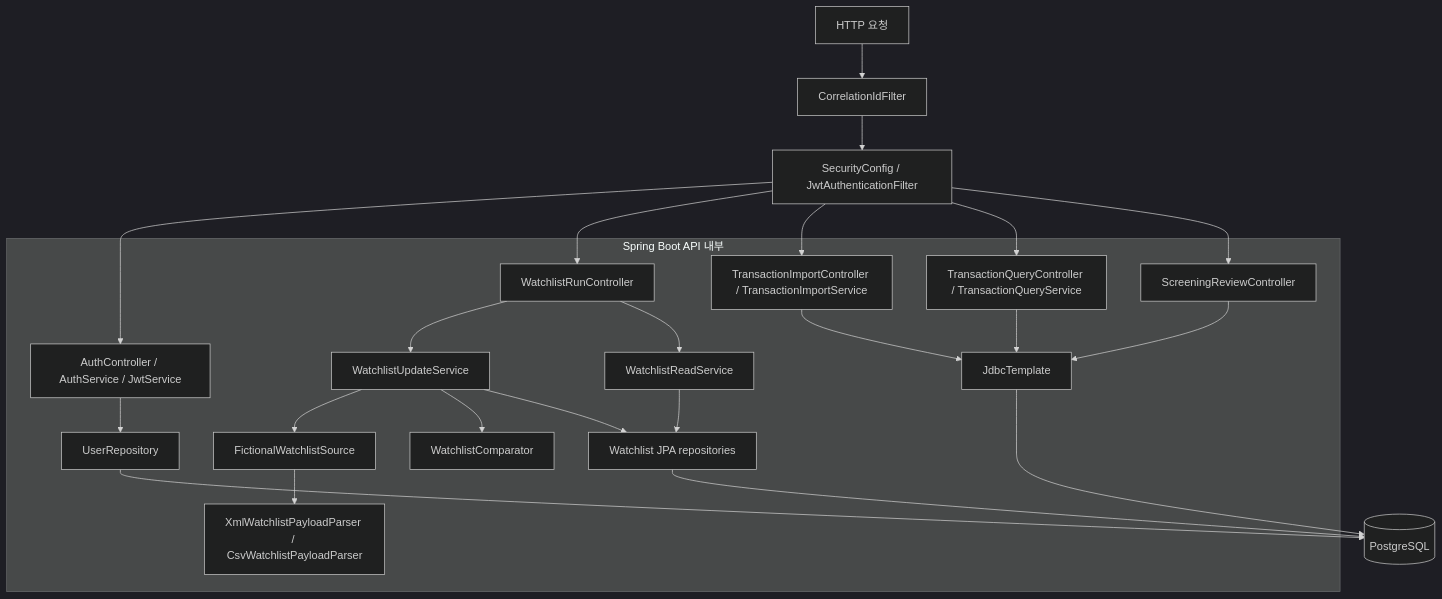
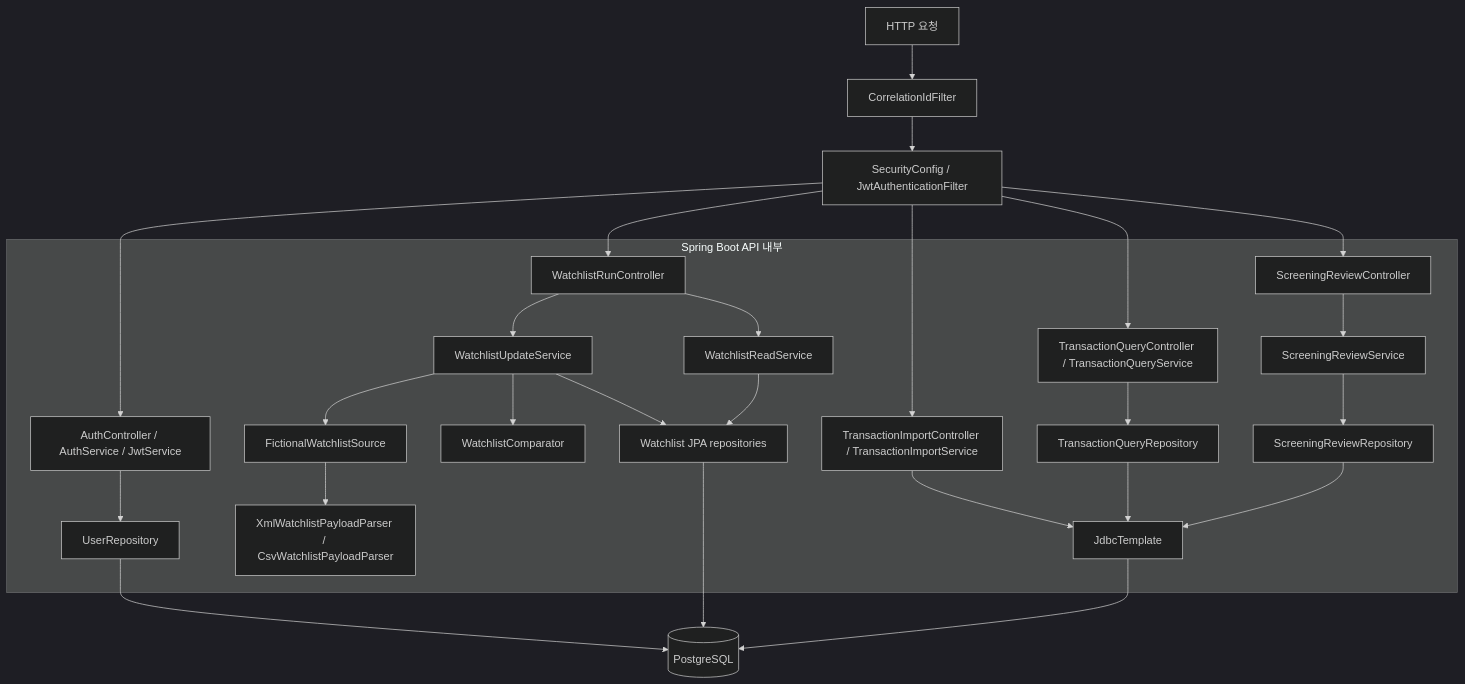
The third of 3 diagrams in docs/architecture/c4.md (yrumupusm/tradeops_hub), drawn with Mermaid (dark theme) before and after one commit. The commit also changed other lines of this file and 23 other files, not shown here.

````diff
--- a/docs/architecture/c4.md
+++ b/docs/architecture/c4.md
@@ -41,36 +41,40 @@
 ```mermaid
 flowchart TB
     HTTP[HTTP 요청] --> Correlation[CorrelationIdFilter]
     Correlation --> Security[SecurityConfig / JwtAuthenticationFilter]
     subgraph API[Spring Boot API 내부]
         Auth[AuthController / AuthService / JwtService]
         Watch[WatchlistRunController]
         Update[WatchlistUpdateService]
         Read[WatchlistReadService]
         Source[FictionalWatchlistSource]
         Parsers[XmlWatchlistPayloadParser / CsvWatchlistPayloadParser]
         Compare[WatchlistComparator]
         Repos[Watchlist JPA repositories]
         Import[TransactionImportController / TransactionImportService]
         Query[TransactionQueryController / TransactionQueryService]
         Review[ScreeningReviewController]
+        ReviewService[ScreeningReviewService]
+        ReviewRepo[ScreeningReviewRepository]
+        QueryRepo[TransactionQueryRepository]
         Users[UserRepository]
         JDBC[JdbcTemplate]
     end
     DB[(PostgreSQL)]
     Security --> Auth
     Security --> Watch
     Security --> Import
     Security --> Query
     Security --> Review
     Auth --> Users --> DB
     Watch --> Update
     Watch --> Read
     Update --> Source --> Parsers
     Update --> Compare
     Update --> Repos
     Read --> Repos --> DB
     Import --> JDBC
-    Query --> JDBC
-    Review --> JDBC --> DB
+    Query --> QueryRepo --> JDBC
+    Review --> ReviewService --> ReviewRepo --> JDBC
+    JDBC --> DB
 ```
````
